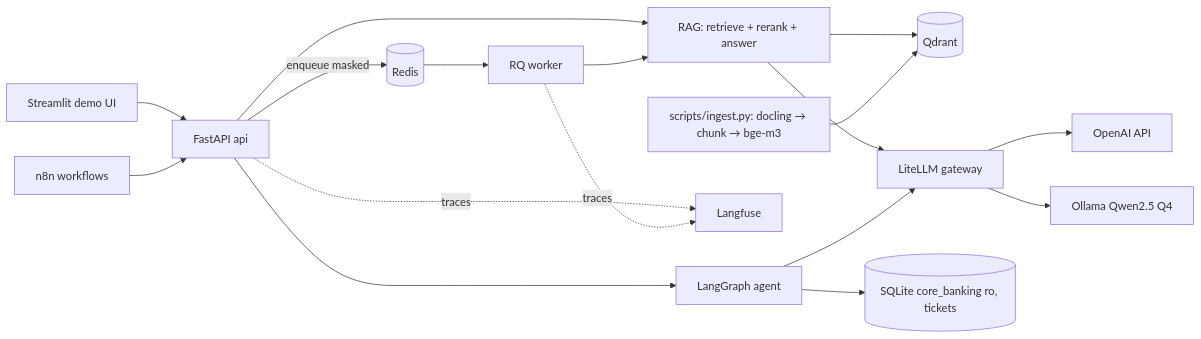
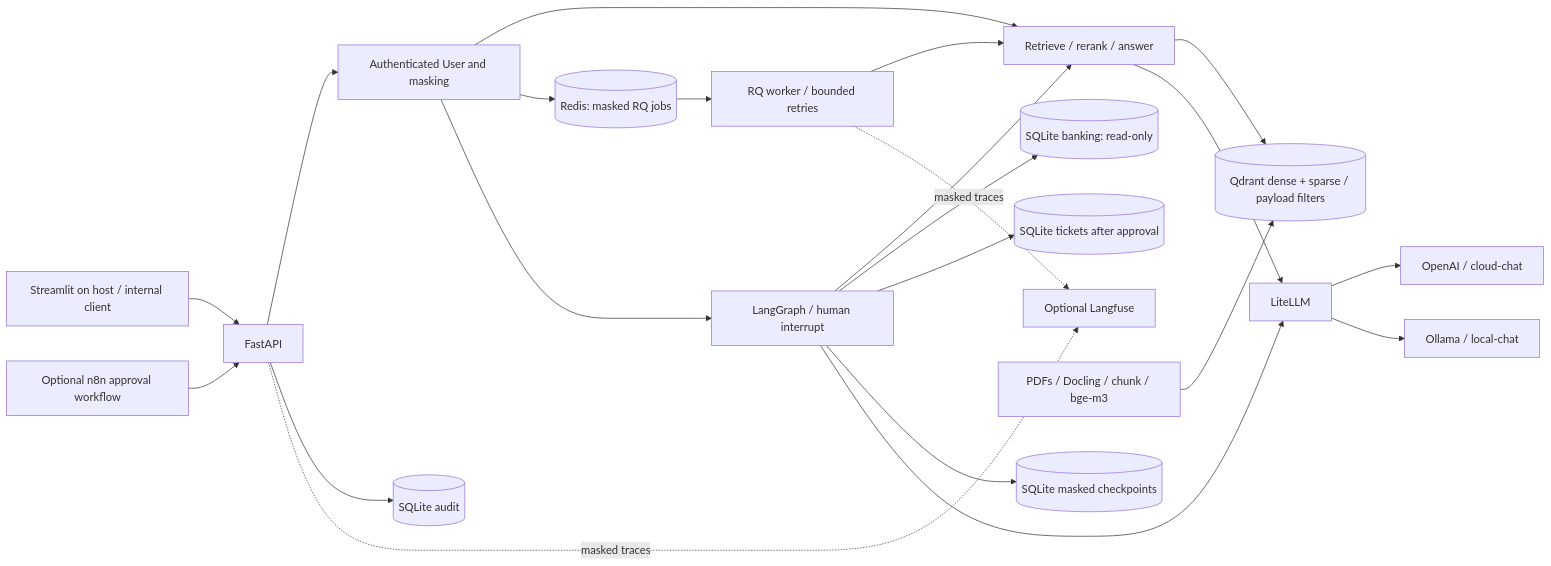
The diagram in docs/02-architecture/architecture.md (T1xNTH/bank-assistant), drawn with Mermaid before and after one commit. The commit also changed other lines of this file and 21 other files, not shown here.

First line of the commit message:
docs(T-043): English README, architecture ADRs and five-minute demo (#112)

````diff
--- a/docs/02-architecture/architecture.md
+++ b/docs/02-architecture/architecture.md
@@ -24,19 +27,24 @@
 ```mermaid
 flowchart LR
-  UI[Streamlit demo UI] --> API
-  N8N[n8n workflows] --> API
-  API[FastAPI api] -->|enqueue masked| REDIS[(Redis)]
-  REDIS --> WORKER[RQ worker]
-  API --> RAG[RAG: retrieve + rerank + answer]
-  WORKER --> RAG
-  RAG --> QDRANT[(Qdrant)]
-  RAG --> GW[LiteLLM gateway]
-  API --> AGENT[LangGraph agent]
-  AGENT --> GW
-  AGENT --> SQLITE[(SQLite core_banking ro, tickets)]
-  GW --> OPENAI[OpenAI API]
-  GW --> OLLAMA[Ollama Qwen2.5 Q4]
-  API -.traces.-> LF[Langfuse]
-  WORKER -.traces.-> LF
-  INGEST[scripts/ingest.py: docling → chunk → bge-m3] --> QDRANT
+    UI[Streamlit on host / internal client] --> API[FastAPI]
+    N8N[Optional n8n approval workflow] --> API
+    API --> Auth[Authenticated User and masking]
+    Auth --> RAG[Retrieve / rerank / answer]
+    Auth --> Queue[(Redis: masked RQ jobs)]
+    Queue --> Worker[RQ worker / bounded retries]
+    Worker --> RAG
+    Auth --> Agent[LangGraph / human interrupt]
+    Agent --> RAG
+    Agent --> Bank[(SQLite banking: read-only)]
+    Agent --> Tickets[(SQLite tickets after approval)]
+    Agent --> Checkpoints[(SQLite masked checkpoints)]
+    Ingest[PDFs / Docling / chunk / bge-m3] --> Qdrant[(Qdrant dense + sparse / payload filters)]
+    RAG --> Qdrant
+    RAG --> Gateway[LiteLLM]
+    Agent --> Gateway
+    Gateway --> Cloud[OpenAI / cloud-chat]
+    Gateway --> Local[Ollama / local-chat]
+    API --> Audit[(SQLite audit)]
+    API -. masked traces .-> Trace[Optional Langfuse]
+    Worker -. masked traces .-> Trace
 ```
````
